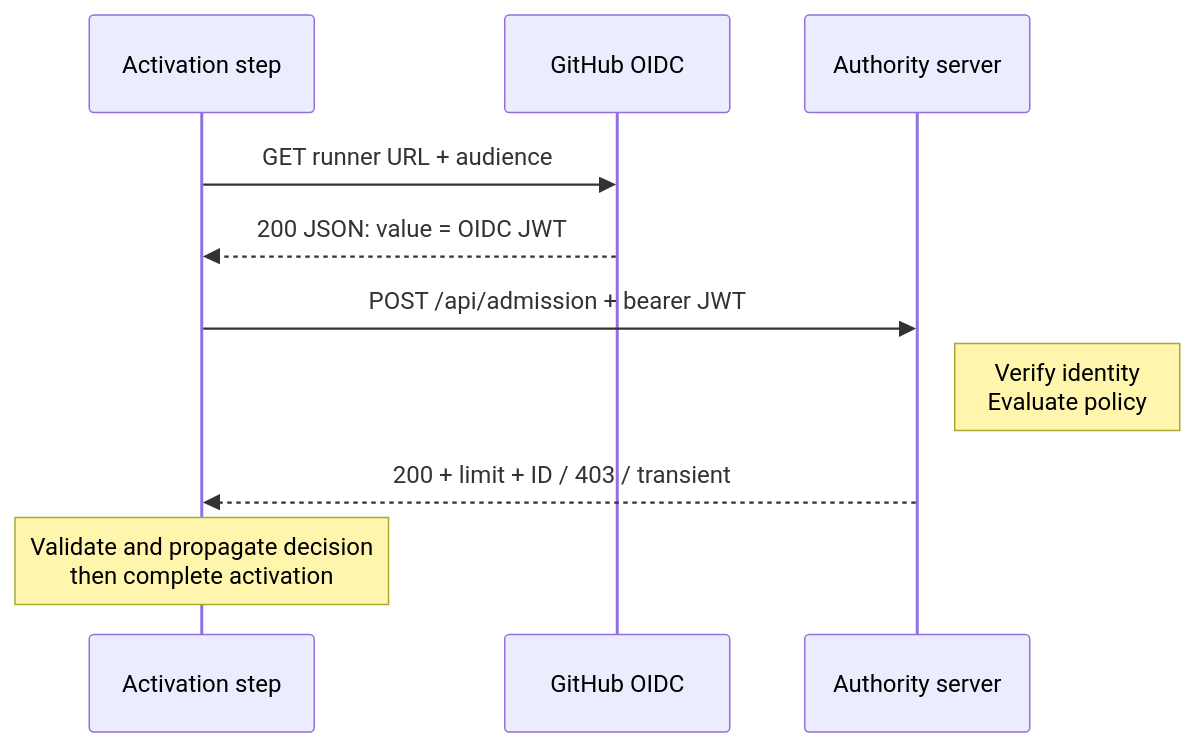
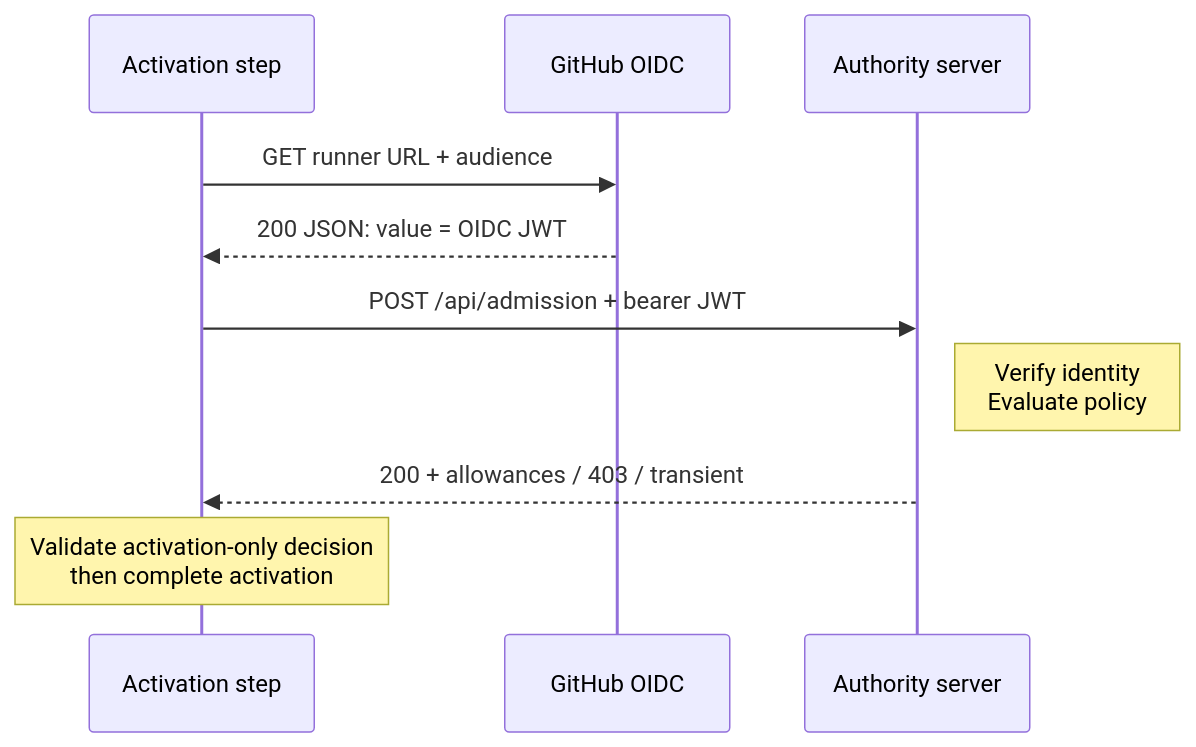
The second of 5 diagrams in docs/src/content/docs/specs/admission-service-specification.md (githubnext/gh-aw), drawn with Mermaid before and after one commit. The commit also changed other lines of this file and 372 other files, not shown here.

First line of the commit message:
feat: add activation-only OIDC admission

````diff
--- a/docs/src/content/docs/specs/admission-service-specification.md
+++ b/docs/src/content/docs/specs/admission-service-specification.md
@@ -99,13 +101,13 @@
 ```mermaid
 sequenceDiagram
     participant A as Activation step
     participant G as GitHub OIDC
     participant S as Authority server
 
     A->>G: GET runner URL + audience
     G-->>A: 200 JSON: value = OIDC JWT
     A->>S: POST /api/admission + bearer JWT
     Note right of S: Verify identity<br/>Evaluate policy
-    S-->>A: 200 + limit + ID / 403 / transient
-    Note over A: Validate and propagate decision<br/>then complete activation
+    S-->>A: 200 + allowances / 403 / transient
+    Note over A: Validate activation-only decision<br/>then complete activation
 ```
````
